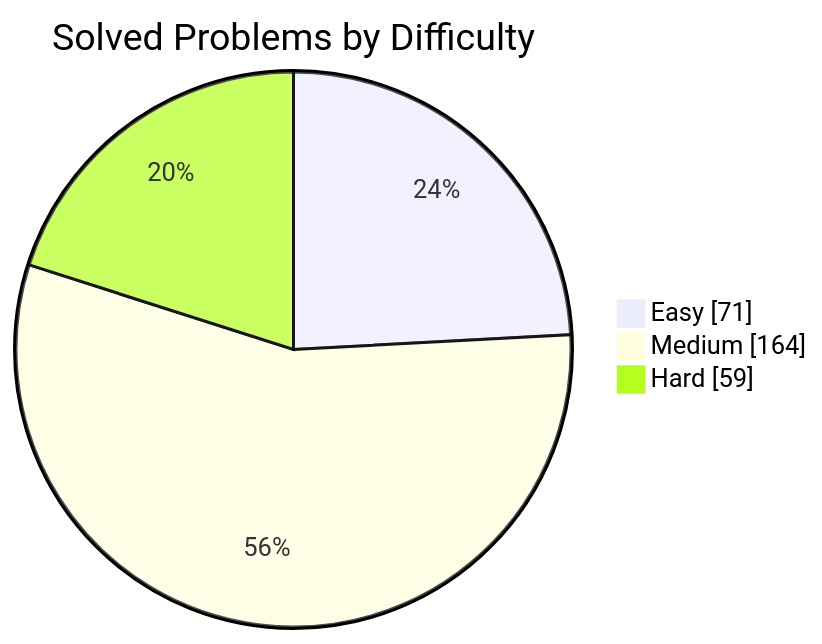
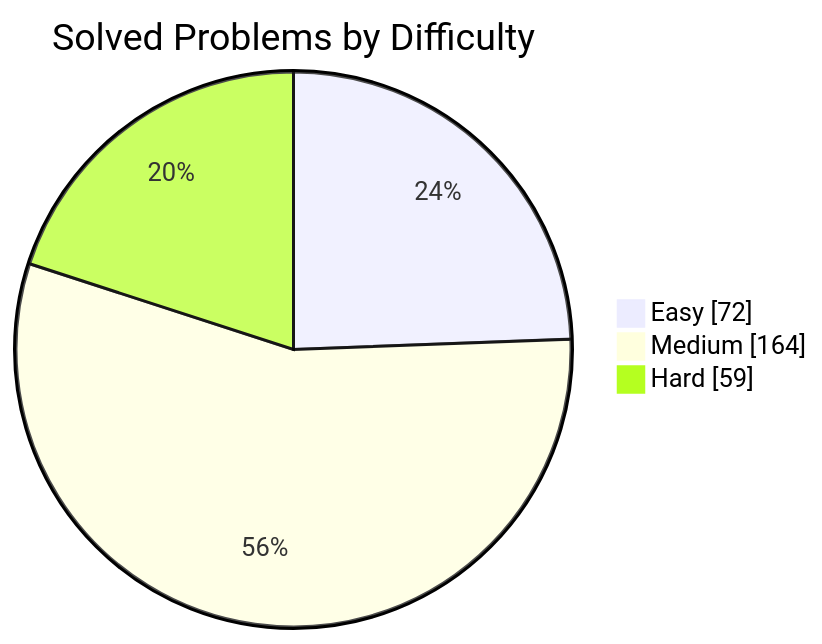
Before and after one commit to manikantbindass/DSA-Preparation-FAANG: the first of 2 diagrams in README.md, drawn with Mermaid. The commit also changed other lines of this file and 1 other file, not shown here.

````diff
--- a/README.md
+++ b/README.md
@@ -77,7 +77,7 @@
 ```mermaid
 pie showData
     title Solved Problems by Difficulty
-    "Easy" : 71
+    "Easy" : 72
     "Medium" : 164
     "Hard" : 59
 ```
````
